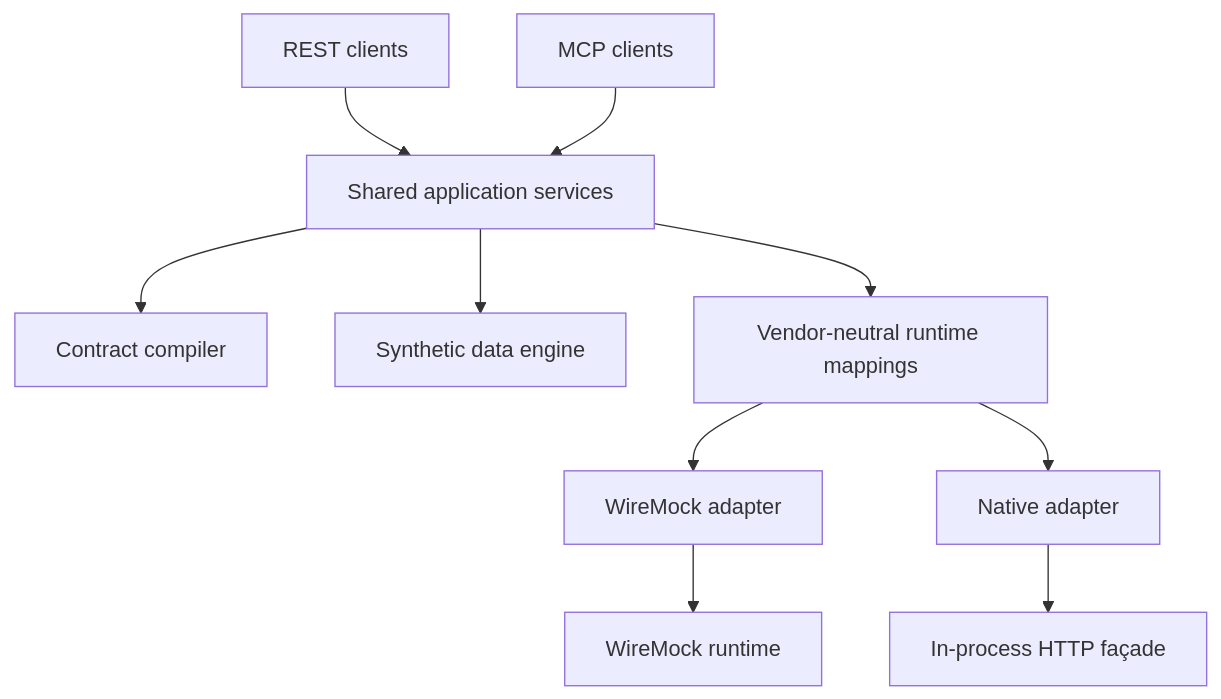
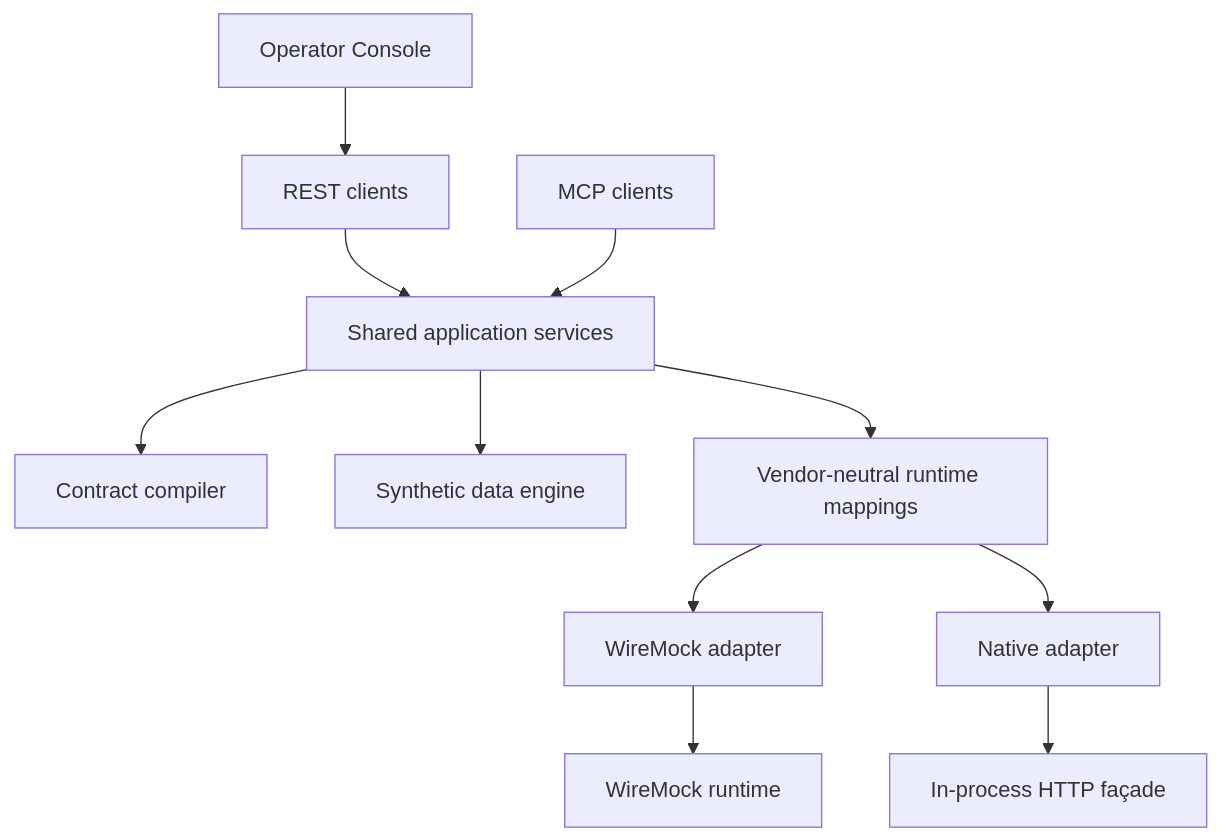
Before and after one commit to anzar-ahsan-commits/simuloom-mcp: the diagram in README.md, drawn with Mermaid. The commit also changed other lines of this file and 18 other files, not shown here.

Commit message:
Add operator console

````diff
--- a/README.md
+++ b/README.md
@@ -44,12 +45,13 @@
 ```mermaid
 flowchart TD
+    U[Operator Console] --> A
     A[REST clients] --> C[Shared application services]
     B[MCP clients] --> C
     C --> D[Contract compiler]
     C --> E[Synthetic data engine]
     C --> F[Vendor-neutral runtime mappings]
     F --> G[WireMock adapter]
     F --> H[Native adapter]
     G --> I[WireMock runtime]
     H --> J[In-process HTTP façade]
 ```
````
